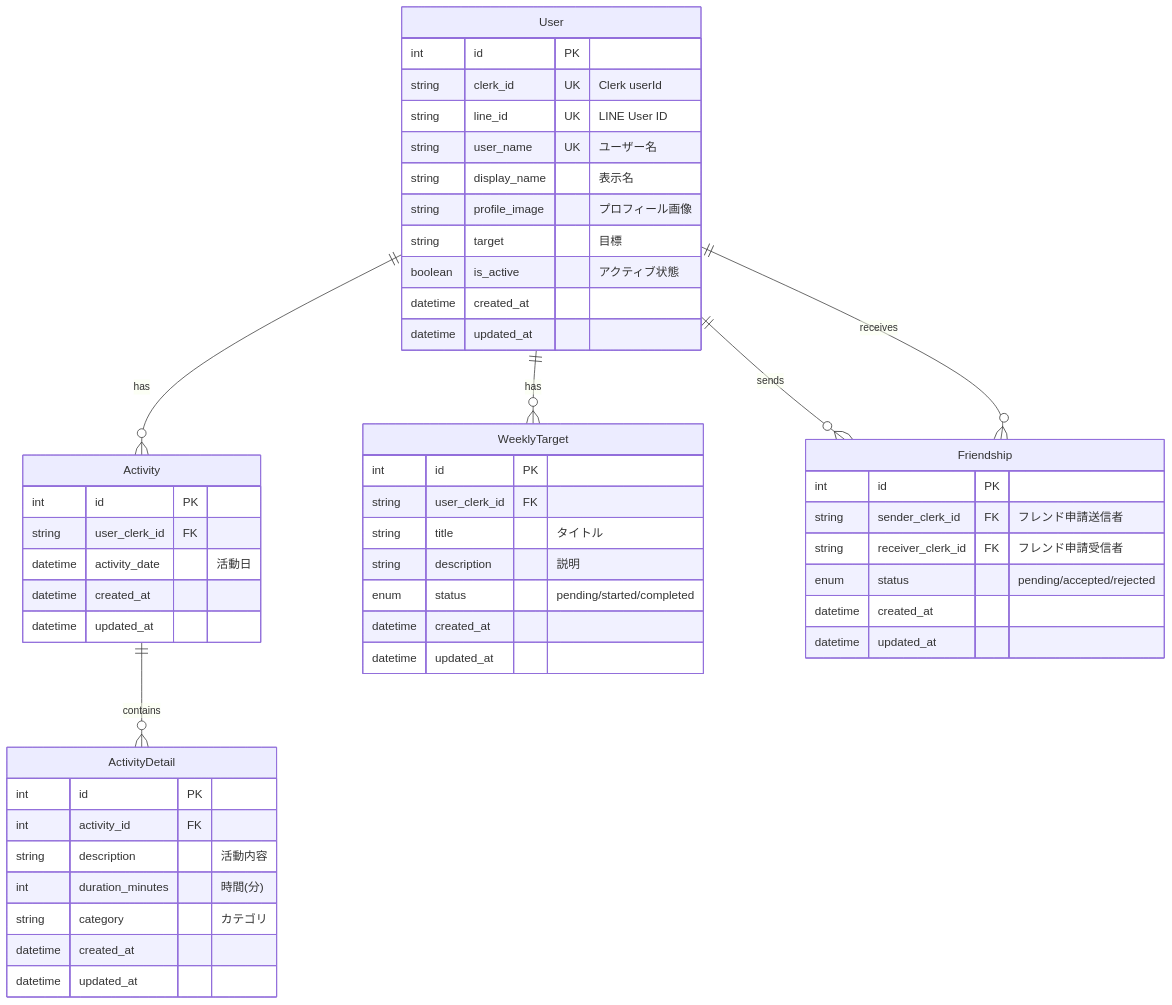
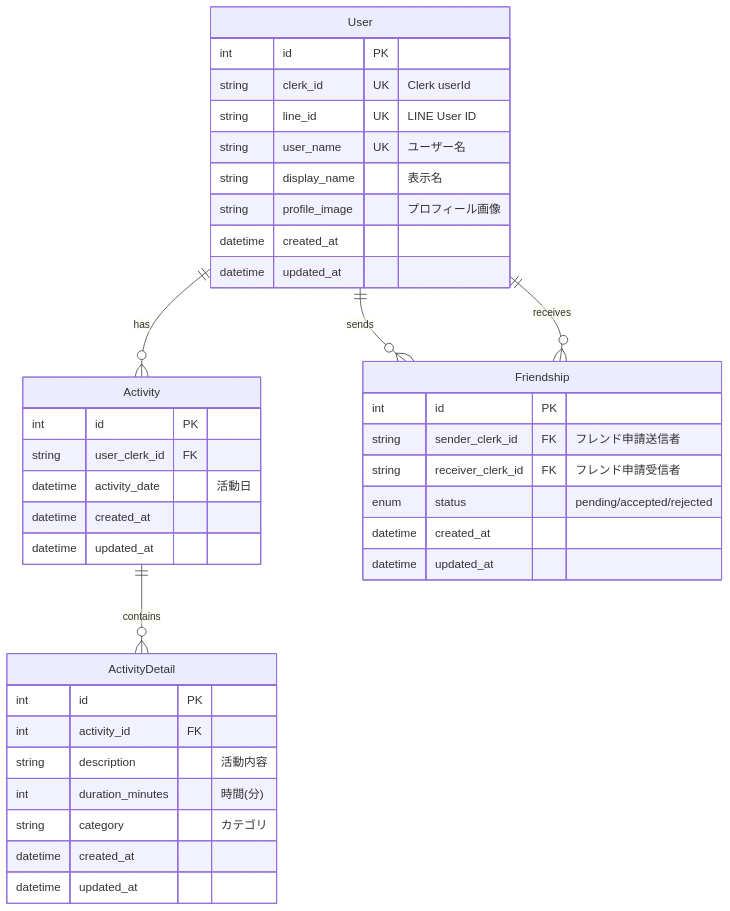
The diagram in README.md (renokazaki/ActiveLink), drawn with Mermaid before and after one commit. The commit also changed other lines of this file, not shown here.

````diff
--- a/README.md
+++ b/README.md
@@ -137,58 +131,45 @@
 ```mermaid
 erDiagram
     User ||--o{ Activity : "has"
-    User ||--o{ WeeklyTarget : "has"
     User ||--o{ Friendship : "sends"
     User ||--o{ Friendship : "receives"
     Activity ||--o{ ActivityDetail : "contains"
     
     User {
         int id PK
         string clerk_id UK "Clerk userId"
         string line_id UK "LINE User ID"
         string user_name UK "ユーザー名"
         string display_name "表示名"
         string profile_image "プロフィール画像"
-        string target "目標"
-        boolean is_active "アクティブ状態"
         datetime created_at
         datetime updated_at
     }
     
     Activity {
         int id PK
         string user_clerk_id FK
         datetime activity_date "活動日"
         datetime created_at
         datetime updated_at
     }
     
     ActivityDetail {
         int id PK
         int activity_id FK
         string description "活動内容"
         int duration_minutes "時間(分)"
         string category "カテゴリ"
         datetime created_at
         datetime updated_at
     }
     
-    WeeklyTarget {
-        int id PK
-        string user_clerk_id FK
-        string title "タイトル"
-        string description "説明"
-        enum status "pending/started/completed"
-        datetime created_at
-        datetime updated_at
-    }
-    
     Friendship {
         int id PK
         string sender_clerk_id FK "フレンド申請送信者"
         string receiver_clerk_id FK "フレンド申請受信者"
         enum status "pending/accepted/rejected"
         datetime created_at
         datetime updated_at
     }
 ```
````
